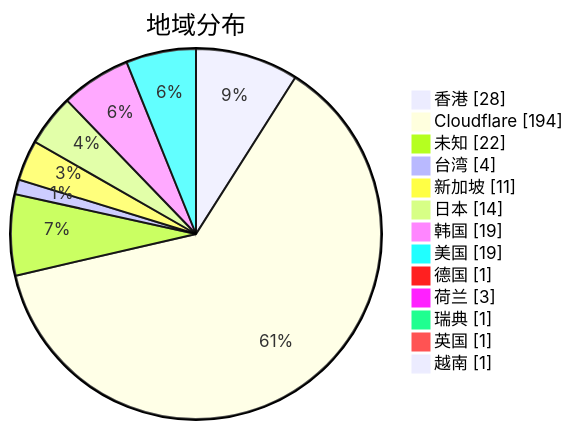
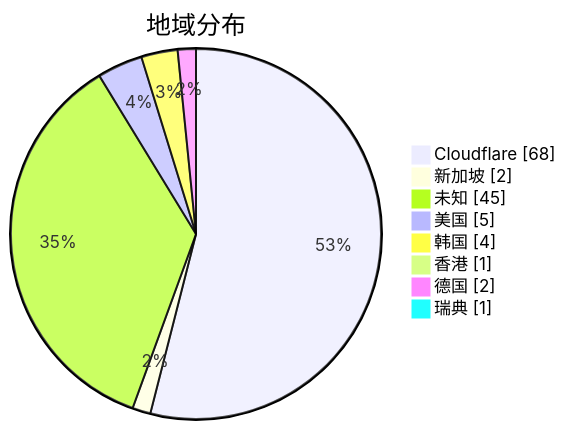
Before and after one commit to qjlxg/airport: the second of 3 diagrams in subs/statistics/tested_within.md, drawn with Mermaid. The commit also changed other lines of this file and 2 other files, not shown here.

````diff
--- a/subs/statistics/tested_within.md
+++ b/subs/statistics/tested_within.md
@@ -12,17 +12,12 @@
 ```mermaid
 pie showData
 title 地域分布
-"香港" : 28
-"Cloudflare" : 194
-"未知" : 22
-"台湾" : 4
-"新加坡" : 11
-"日本" : 14
-"韩国" : 19
-"美国" : 19
-"德国" : 1
-"荷兰" : 3
+"Cloudflare" : 68
+"新加坡" : 2
+"未知" : 45
+"美国" : 5
+"韩国" : 4
+"香港" : 1
+"德国" : 2
 "瑞典" : 1
-"英国" : 1
-"越南" : 1
 ```
````
